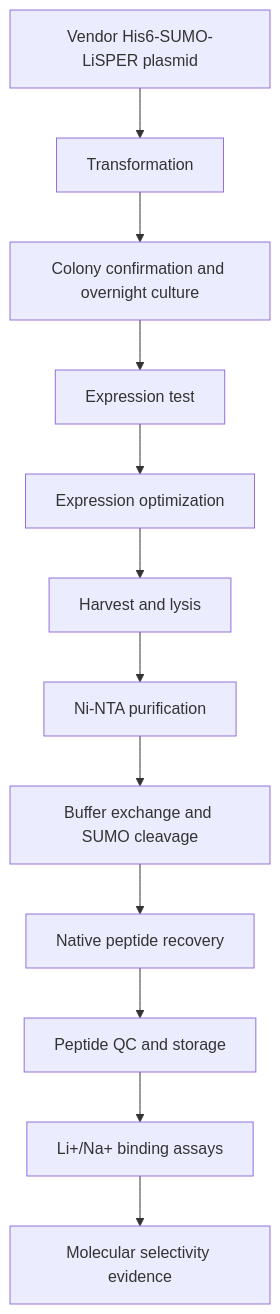
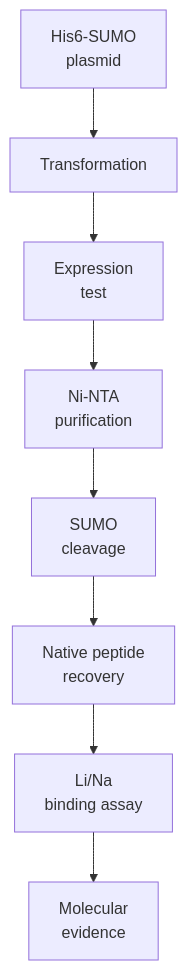
Before and after one commit to jackyissocute/LiSPER: the diagram in 02_experimental_validation/track_A_purified_peptide/README.md, drawn with Mermaid. The commit also changed 64 other files, not shown here.

````diff
--- a/02_experimental_validation/track_A_purified_peptide/README.md
+++ b/02_experimental_validation/track_A_purified_peptide/README.md
@@ -9,14 +9,22 @@
 ```mermaid
 flowchart TD
-    A["Vendor His6-SUMO-LiSPER plasmid"] --> B["Transformation"]
-    B --> C["Colony confirmation and overnight culture"]
-    C --> D["Expression test"]
-    D --> E["Expression optimization"]
-    E --> F["Harvest and lysis"]
-    F --> G["Ni-NTA purification"]
-    G --> H["Buffer exchange and SUMO cleavage"]
-    H --> I["Native peptide recovery"]
-    I --> J["Peptide QC and storage"]
-    J --> K["Li+/Na+ binding assays"]
-    K --> L["Molecular selectivity evidence"]
+    accTitle: Track A Bench Workflow
+    accDescr: Track A starts with His6-SUMO-LiSPER plasmids and proceeds through expression, purification, cleavage, peptide recovery, QC, and Li over Na binding assays.
+
+    plasmid["His6-SUMO<br/>plasmid"]
+    transformation["Transformation"]
+    expression["Expression<br/>test"]
+    purification["Ni-NTA<br/>purification"]
+    cleavage["SUMO<br/>cleavage"]
+    recovery["Native peptide<br/>recovery"]
+    assay["Li/Na<br/>binding assay"]
+    evidence["Molecular<br/>evidence"]
+
+    plasmid --> transformation
+    transformation --> expression
+    expression --> purification
+    purification --> cleavage
+    cleavage --> recovery
+    recovery --> assay
+    assay --> evidence
 ```
````
